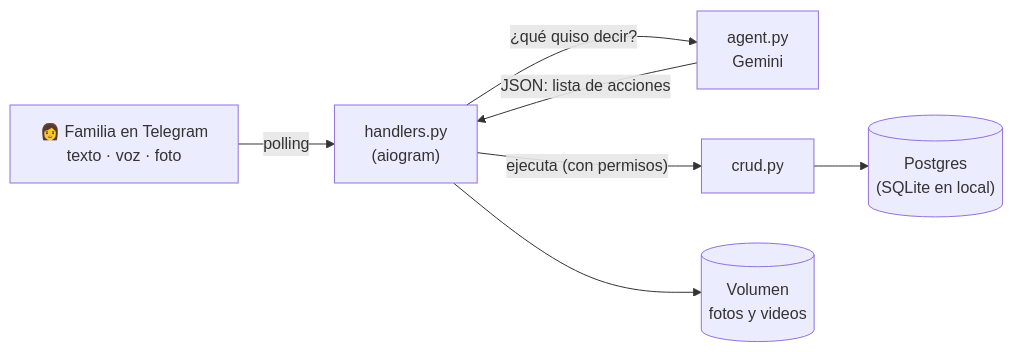
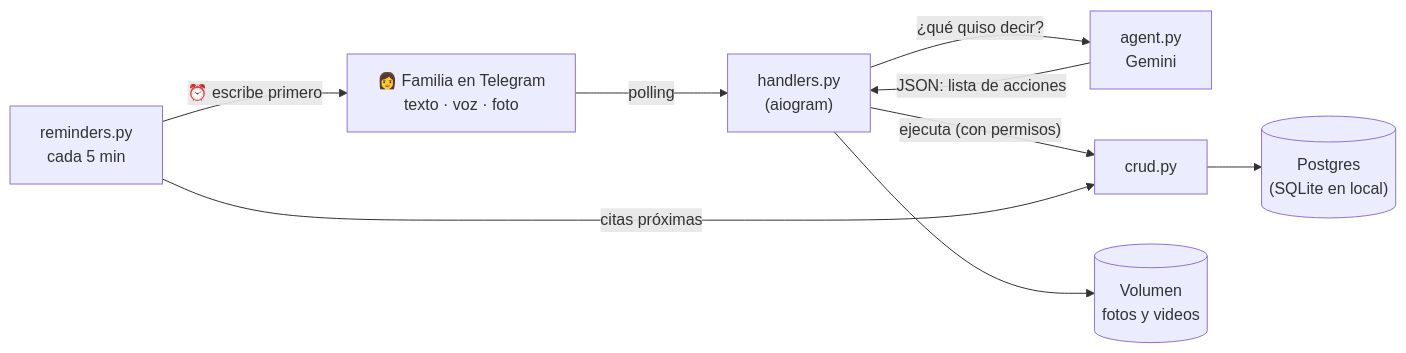
One commit to Maffemedina/bitacora-bebe changed the diagram in README.md. Above: the diagram before and after it, drawn with Mermaid. The commit also changed other lines of this file and 16 other files, not shown here.

````diff
--- a/README.md
+++ b/README.md
@@ -34,9 +36,11 @@
 ```mermaid
 flowchart LR
     U["👩 Familia en Telegram<br/>texto · voz · foto"] -->|polling| H["handlers.py<br/>(aiogram)"]
     H -->|"¿qué quiso decir?"| A["agent.py<br/>Gemini"]
     A -->|"JSON: lista de acciones"| H
     H -->|"ejecuta (con permisos)"| C["crud.py"]
     C --> DB[("Postgres<br/>(SQLite en local)")]
     H --> M[("Volumen<br/>fotos y videos")]
+    R["reminders.py<br/>cada 5 min"] -->|"citas próximas"| C
+    R -->|"⏰ escribe primero"| U
 ```
````
